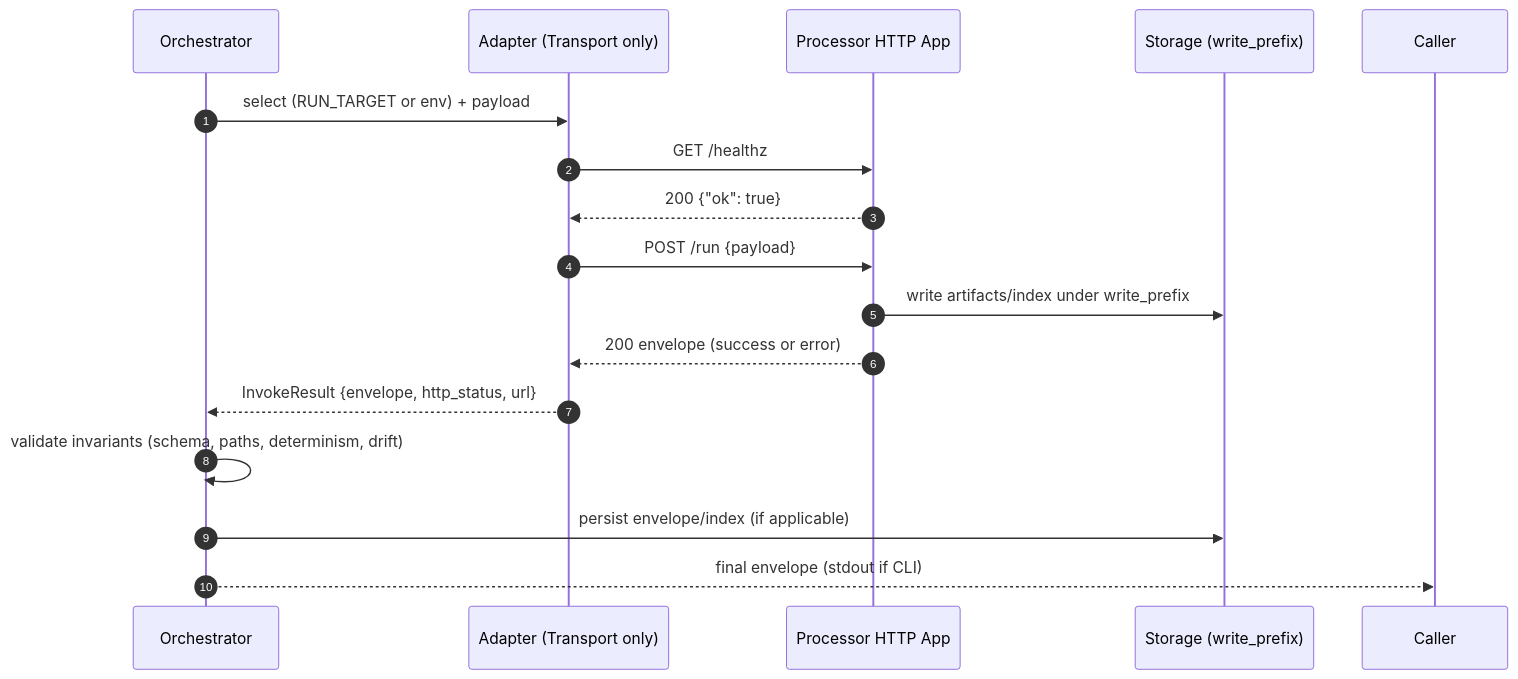
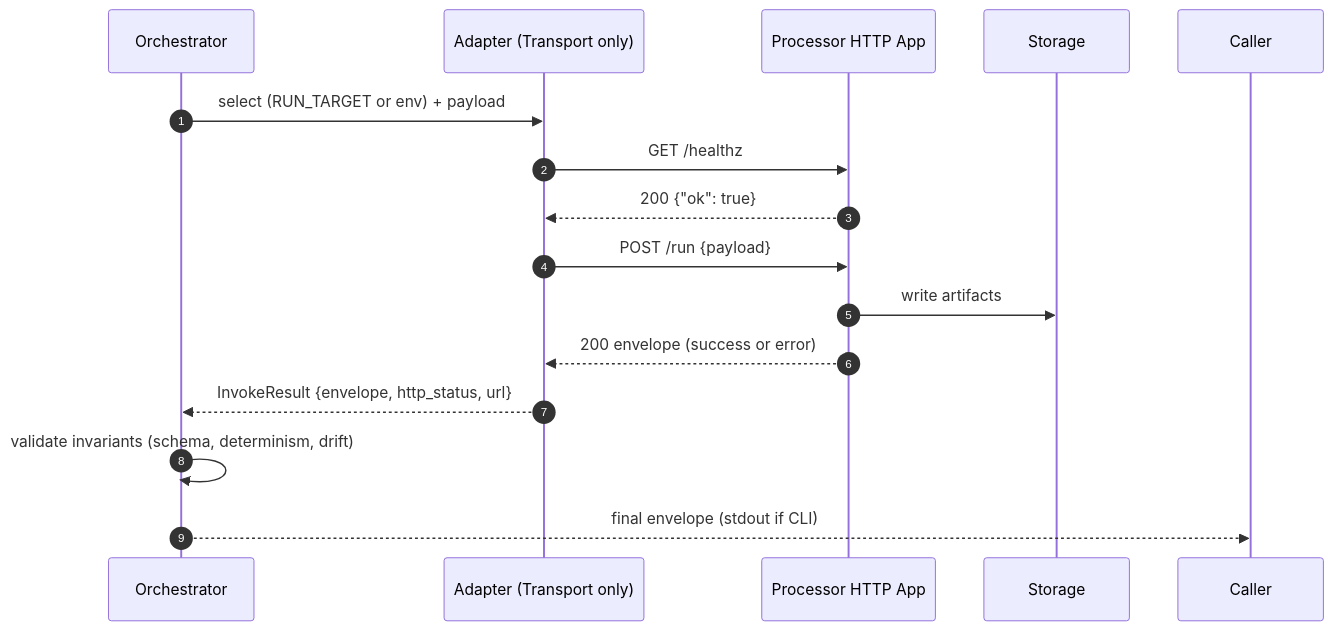
Before and after one commit to veyorokon/theory-api: the second of 2 diagrams in agents/engineer.md, drawn with Mermaid. The commit also changed other lines of this file and 5 other files, not shown here.

````diff
--- a/agents/engineer.md
+++ b/agents/engineer.md
@@ -218,18 +218,17 @@
 ```mermaid
 sequenceDiagram
   autonumber
   participant O as Orchestrator
   participant A as Adapter (Transport only)
   participant P as Processor HTTP App
-  participant S as Storage (write_prefix)
+  participant S as Storage
   O->>A: select (RUN_TARGET or env) + payload
   A->>P: GET /healthz
   P-->>A: 200 {"ok": true}
   A->>P: POST /run {payload}
-  P->>S: write artifacts/index under write_prefix
+  P->>S: write artifacts
   P-->>A: 200 envelope (success or error)
   A-->>O: InvokeResult {envelope, http_status, url}
-  O->>O: validate invariants (schema, paths, determinism, drift)
-  O->>S: persist envelope/index (if applicable)
+  O->>O: validate invariants (schema, determinism, drift)
   O-->>Caller: final envelope (stdout if CLI)
 ```
````
